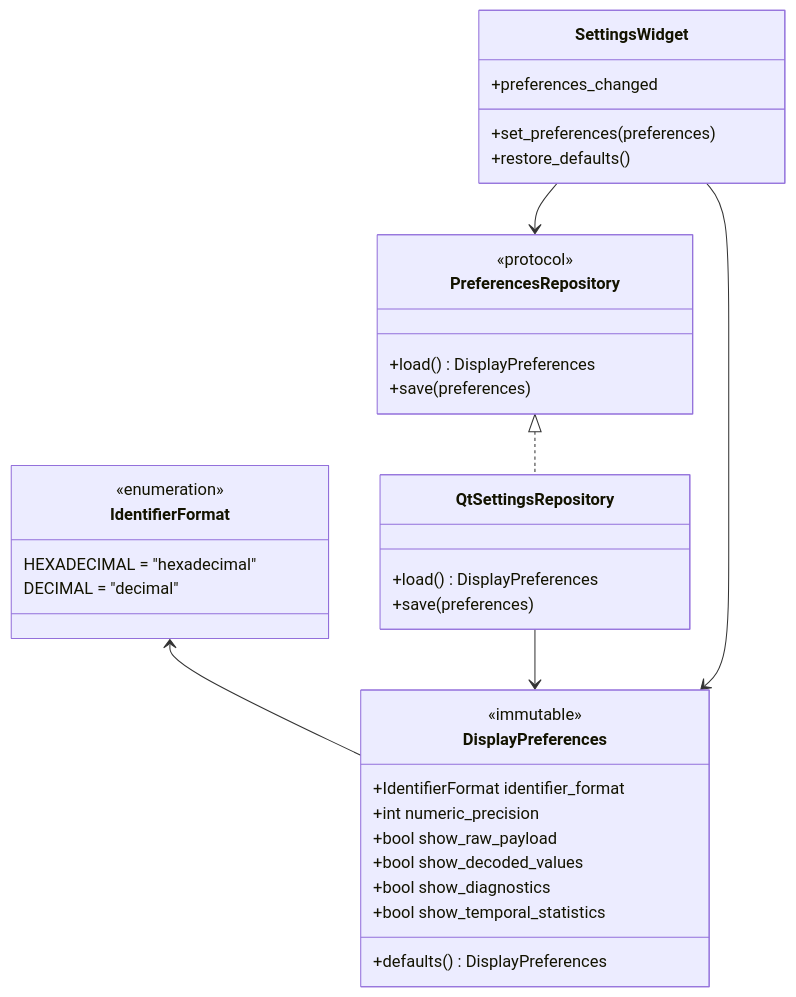
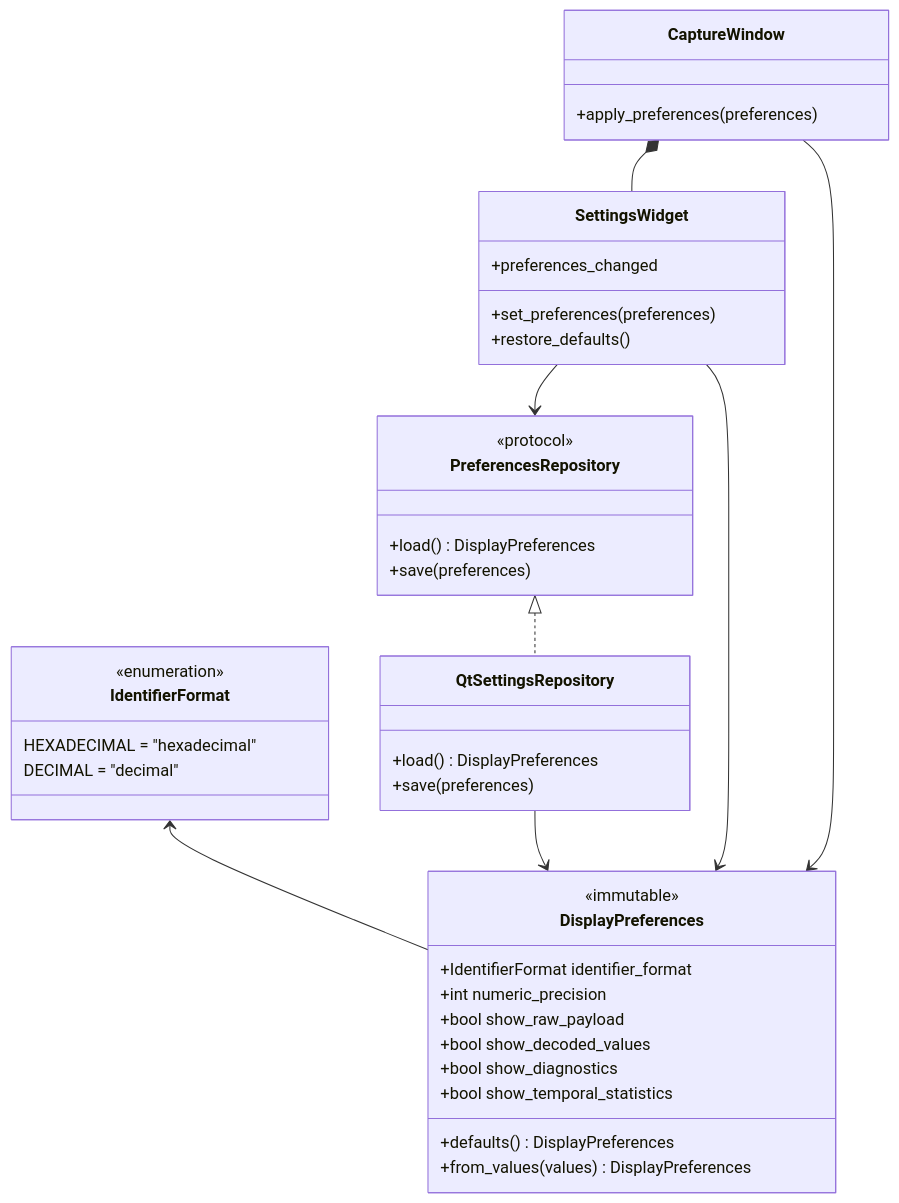
The diagram in docs/architecture/diagrams/display-settings/04-class.md (benoit-bremaud/can-sniffer), drawn with Mermaid before and after one commit. The commit also changed other lines of this file and 3 other files, not shown here.

````diff
--- a/docs/architecture/diagrams/display-settings/04-class.md
+++ b/docs/architecture/diagrams/display-settings/04-class.md
@@ -13,42 +13,49 @@
 ```mermaid
 classDiagram
     class IdentifierFormat {
         <<enumeration>>
         HEXADECIMAL = "hexadecimal"
         DECIMAL = "decimal"
     }
 
     class DisplayPreferences {
         <<immutable>>
         +IdentifierFormat identifier_format
         +int numeric_precision
         +bool show_raw_payload
         +bool show_decoded_values
         +bool show_diagnostics
         +bool show_temporal_statistics
         +defaults() DisplayPreferences
+        +from_values(values) DisplayPreferences
     }
 
     class PreferencesRepository {
         <<protocol>>
         +load() DisplayPreferences
         +save(preferences)
     }
 
     class QtSettingsRepository {
         +load() DisplayPreferences
         +save(preferences)
     }
 
     class SettingsWidget {
         +set_preferences(preferences)
         +preferences_changed
         +restore_defaults()
     }
 
+    class CaptureWindow {
+        +apply_preferences(preferences)
+    }
+
     IdentifierFormat <-- DisplayPreferences
     PreferencesRepository <|.. QtSettingsRepository
     QtSettingsRepository --> DisplayPreferences
     SettingsWidget --> DisplayPreferences
     SettingsWidget --> PreferencesRepository
+    CaptureWindow --> DisplayPreferences
+    CaptureWindow *-- SettingsWidget
 ```
````
